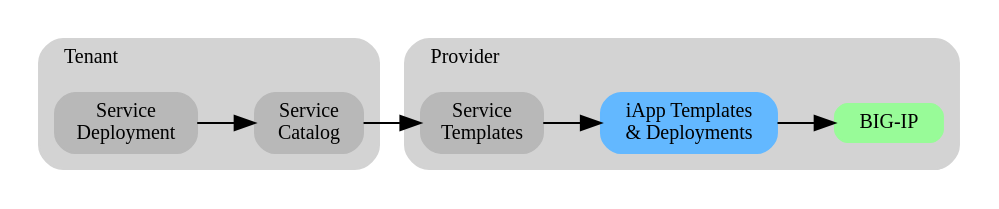
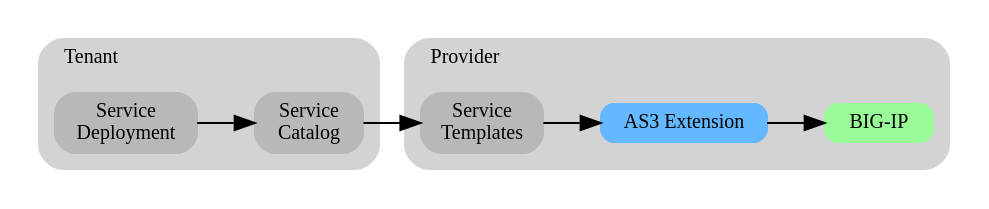
Before and after one commit to f5devcentral/f5-automation-labs: the diagram in docs/class1/module2/module2.rst, drawn with Graphviz. The commit also changed other lines of this file and 224 other files, not shown here.

```diff
--- a/docs/class1/module2/module2.rst
+++ b/docs/class1/module2/module2.rst
@@ -4,27 +4,27 @@
 .. graphviz::
 
    digraph breadcrumb {
       rankdir="LR"
       ranksep=.4
       node [fontsize=10,style="rounded,filled",shape=box,color=gray72,margin="0.05,0.05",height=0.1]
       fontsize = 10
       labeljust="l"
       subgraph cluster_provider {
          style = "rounded,filled"
          color = lightgrey
          height = .75
          label = "Provider"
          bigip [label="BIG-IP",color="palegreen"]
-         iapps [label="iApp Templates&#92;n& Deployments",color="steelblue1"]
-         iwf_templates [label="Service&#92;nTemplates"]
+         as3 [label="AS3 Extension",color="steelblue1"]
+         templates [label="Service&#92;nTemplates"]
       }
       subgraph cluster_tenant {
          style = "rounded,filled"
          color = lightgrey
          height = .75
          label = "Tenant"
-         iwf_catalog [label="Service&#92;nCatalog"]
-         iwf_deploy [label="Service&#92;nDeployment"]
+         catalog [label="Service&#92;nCatalog"]
+         deploy [label="Service&#92;nDeployment"]
       }
-      iwf_deploy -> iwf_catalog -> iwf_templates -> iapps -> bigip
+      deploy -> catalog -> templates -> as3 -> bigip
    }
```
